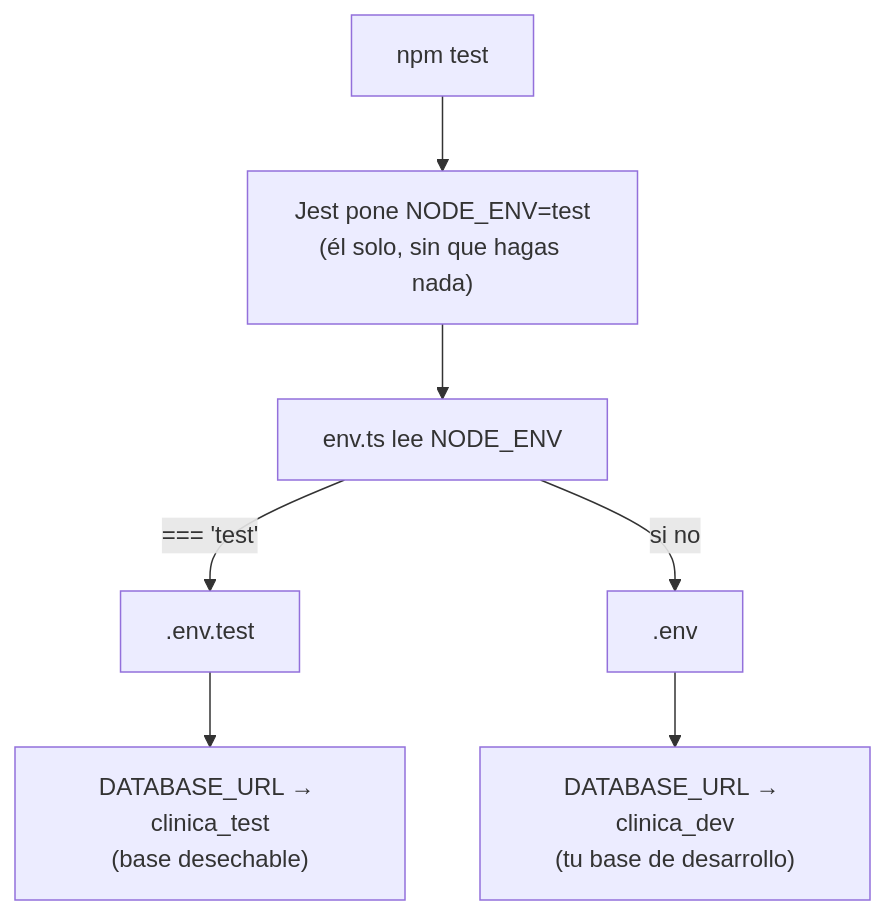
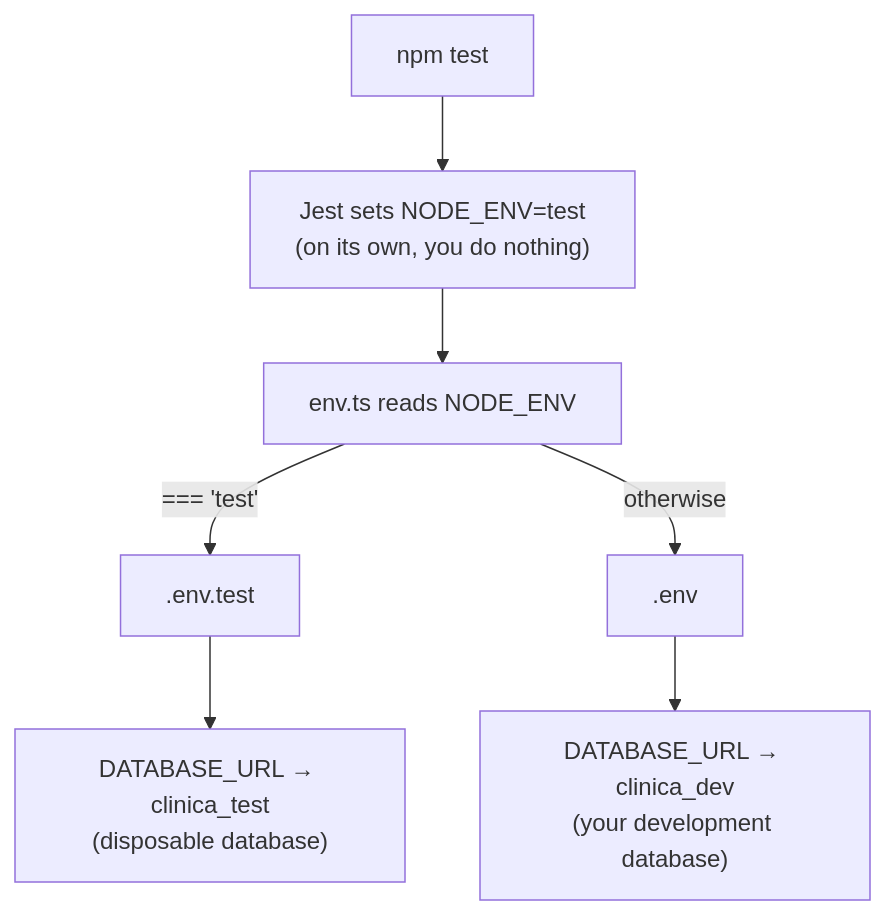
Before and after one commit to arturooreaf/clinica-api: the second of 2 diagrams in docs/chuletas/entornos.md, drawn with Mermaid. The commit also changed other lines of this file and 3 other files, not shown here.

````diff
--- a/docs/chuletas/entornos.md
+++ b/docs/chuletas/entornos.md
@@ -83,9 +89,9 @@
 ```mermaid
 graph TD
-    A["npm test"] --> B["Jest pone NODE_ENV=test<br/>(él solo, sin que hagas nada)"]
-    B --> C["env.ts lee NODE_ENV"]
+    A["npm test"] --> B["Jest sets NODE_ENV=test<br/>(on its own, you do nothing)"]
+    B --> C["env.ts reads NODE_ENV"]
     C -->|"=== 'test'"| D[".env.test"]
-    C -->|"si no"| E[".env"]
-    D --> F["DATABASE_URL → clinica_test<br/>(base desechable)"]
-    E --> G["DATABASE_URL → clinica_dev<br/>(tu base de desarrollo)"]
+    C -->|"otherwise"| E[".env"]
+    D --> F["DATABASE_URL → clinica_test<br/>(disposable database)"]
+    E --> G["DATABASE_URL → clinica_dev<br/>(your development database)"]
 ```
````
